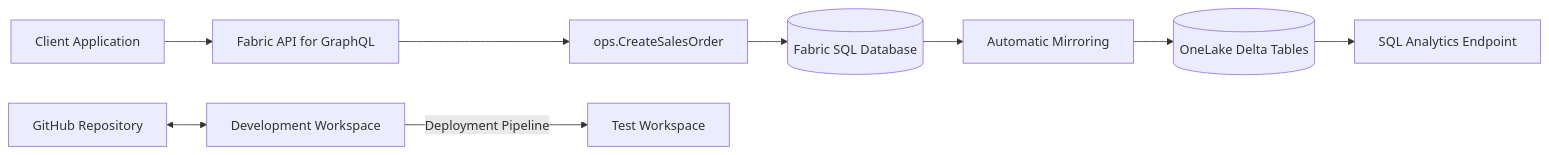
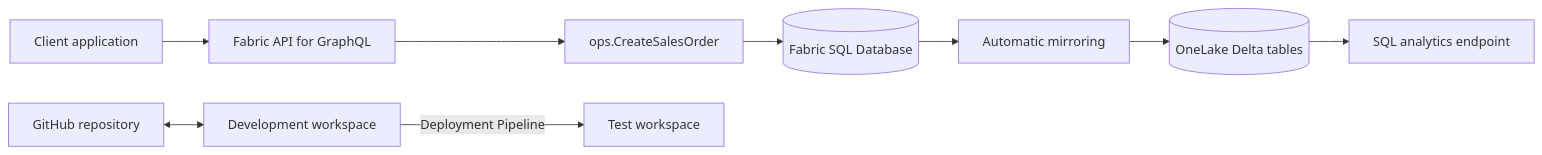
Before and after one commit to kamilsoszka/fabric-operational-sales-api: the diagram in README.md, drawn with Mermaid. The commit also changed other lines of this file, not shown here.

````diff
--- a/README.md
+++ b/README.md
@@ -19,12 +26,12 @@
 ```mermaid
 flowchart LR
-    APP[Client Application] --> API[Fabric API for GraphQL]
+    APP[Client application] --> API[Fabric API for GraphQL]
     API --> PROC[ops.CreateSalesOrder]
     PROC --> DB[(Fabric SQL Database)]
-    DB --> MIRROR[Automatic Mirroring]
-    MIRROR --> OL[(OneLake Delta Tables)]
-    OL --> ENDPOINT[SQL Analytics Endpoint]
+    DB --> MIRROR[Automatic mirroring]
+    MIRROR --> OL[(OneLake Delta tables)]
+    OL --> ENDPOINT[SQL analytics endpoint]
 
-    GIT[GitHub Repository] <--> DEV[Development Workspace]
-    DEV -->|Deployment Pipeline| TEST[Test Workspace]
+    GIT[GitHub repository] <--> DEV[Development workspace]
+    DEV -->|Deployment Pipeline| TEST[Test workspace]
 ```
````
